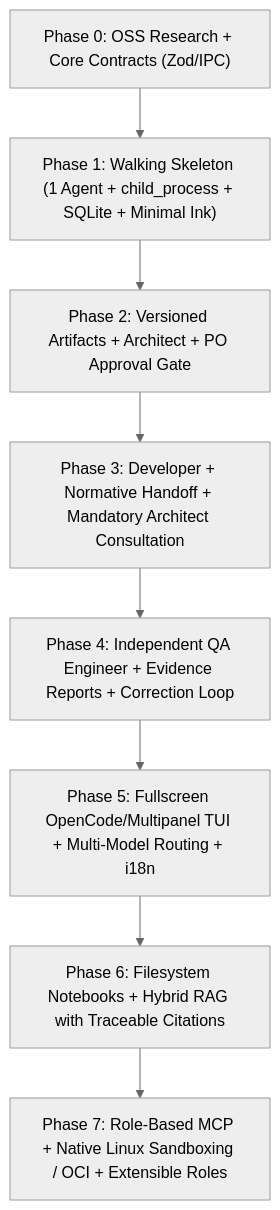
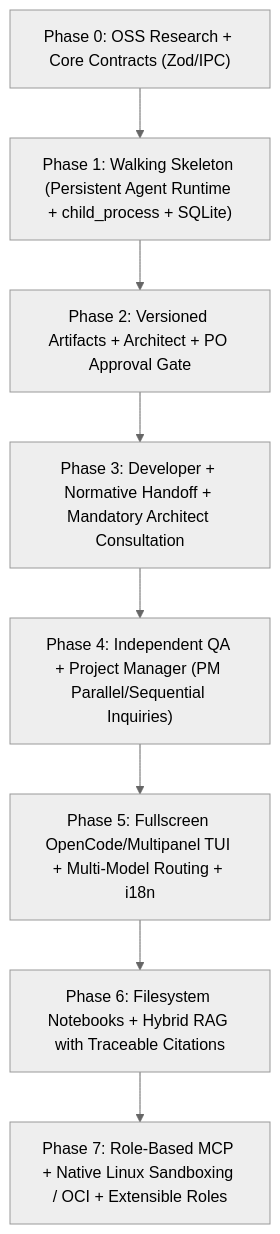
Before and after one commit to artificial-intelligence-engineering/pocli: the diagram in agents/IMPLEMENTATION_PLAN.md, drawn with Mermaid (neutral theme). The commit also changed other lines of this file and 11 other files, not shown here.

First line of the commit message:
feat: add Project Manager (PM) role and inquiries

````diff
--- a/agents/IMPLEMENTATION_PLAN.md
+++ b/agents/IMPLEMENTATION_PLAN.md
@@ -12,10 +13,10 @@
 ```mermaid
 flowchart TD
-    F0["Phase 0: OSS Research + Core Contracts (Zod/IPC)"] --> F1["Phase 1: Walking Skeleton (1 Agent + child_process + SQLite + Minimal Ink)"]
+    F0["Phase 0: OSS Research + Core Contracts (Zod/IPC)"] --> F1["Phase 1: Walking Skeleton (Persistent Agent Runtime + child_process + SQLite)"]
     F1 --> F2["Phase 2: Versioned Artifacts + Architect + PO Approval Gate"]
     F2 --> F3["Phase 3: Developer + Normative Handoff + Mandatory Architect Consultation"]
-    F3 --> F4["Phase 4: Independent QA Engineer + Evidence Reports + Correction Loop"]
+    F3 --> F4["Phase 4: Independent QA + Project Manager (PM Parallel/Sequential Inquiries)"]
     F4 --> F5["Phase 5: Fullscreen OpenCode/Multipanel TUI + Multi-Model Routing + i18n"]
     F5 --> F6["Phase 6: Filesystem Notebooks + Hybrid RAG with Traceable Citations"]
     F6 --> F7["Phase 7: Role-Based MCP + Native Linux Sandboxing / OCI + Extensible Roles"]
 ```
````
